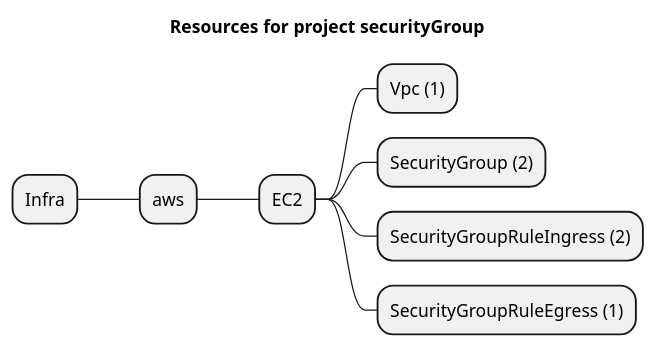
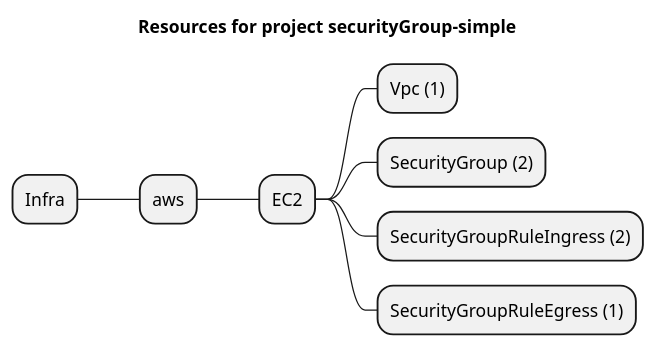
One commit to grucloud/grucloud changed the diagram in examples/aws/EC2/SecurityGroup/securityGroup-simple/artifacts/resources-mindmap.puml. Above: the diagram before and after it, drawn with PlantUML. The commit also changed 10 other files, not shown here.

```diff
--- a/examples/aws/EC2/SecurityGroup/securityGroup-simple/artifacts/resources-mindmap.puml
+++ b/examples/aws/EC2/SecurityGroup/securityGroup-simple/artifacts/resources-mindmap.puml
@@ -1,11 +1,11 @@
 @startmindmap
-title Resources for project securityGroup
+title Resources for project securityGroup-simple
 skinparam monochrome true
 + Infra
 ++ aws
 +++ EC2
 ++++ Vpc (1)
 ++++ SecurityGroup (2)
 ++++ SecurityGroupRuleIngress (2)
 ++++ SecurityGroupRuleEgress (1)
 @endmindmap
```
